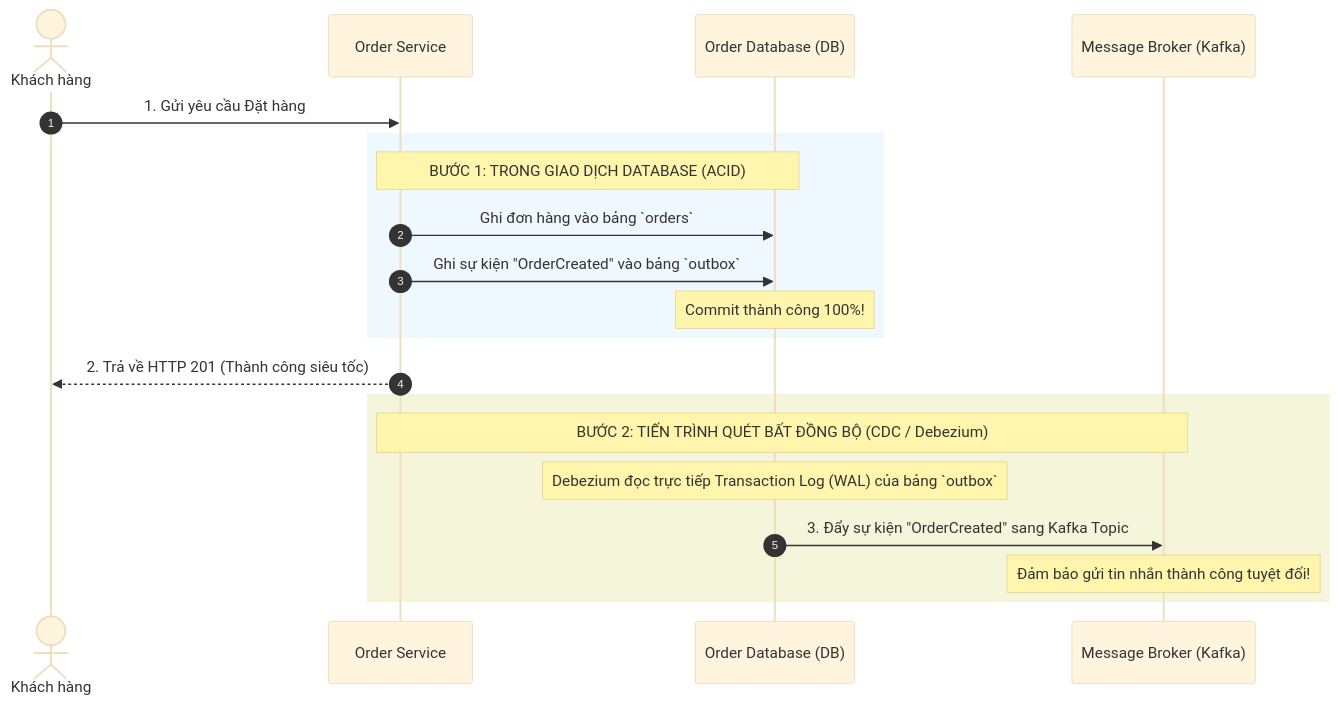
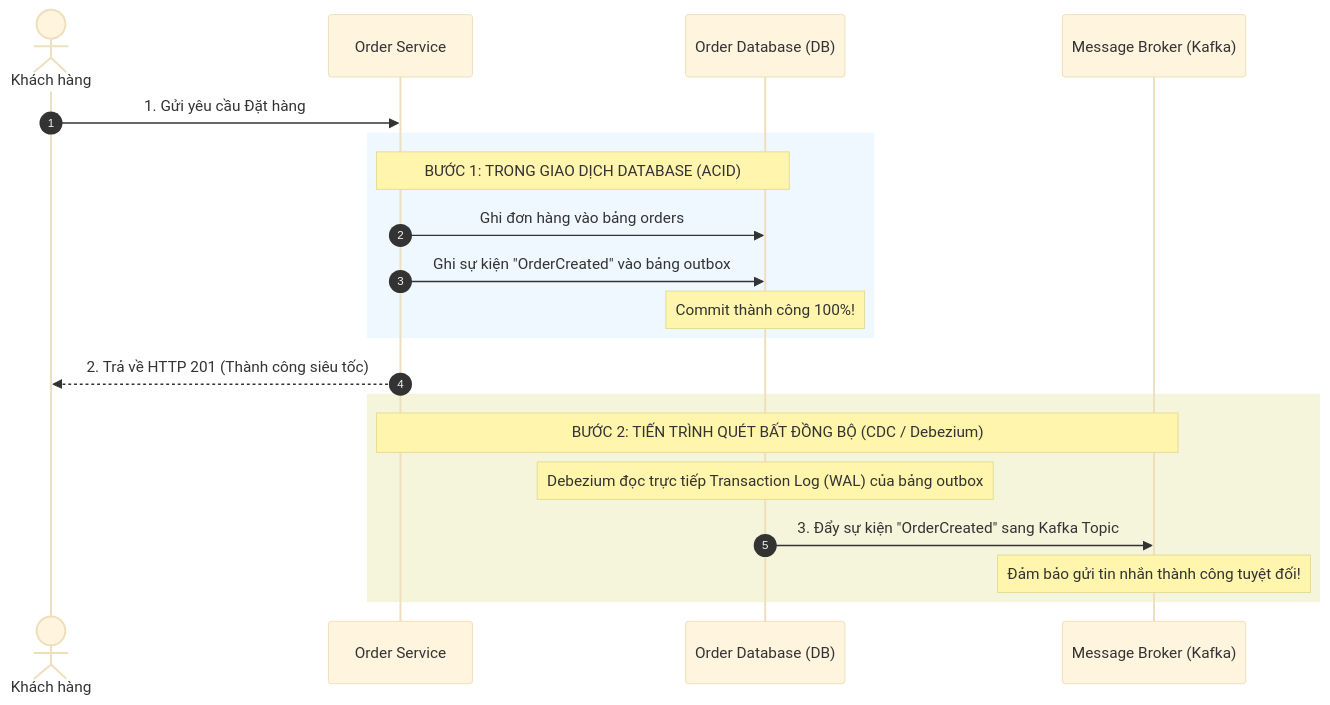
One commit to quangddoo/cv changed the diagram in src/data/answers/c1_s10_q15.md. Above: the diagram before and after it, drawn with Mermaid (base theme). The commit also changed 57 other files, not shown here.

Commit message:
feat: add markdown parser, mermaid validation script, and answer content files

````diff
--- a/src/data/answers/c1_s10_q15.md
+++ b/src/data/answers/c1_s10_q15.md
@@ -19,26 +19,26 @@
 ```mermaid
 sequenceDiagram
     autonumber
     actor Customer as Khách hàng
     participant Service as Order Service
     participant DB as Order Database (DB)
     participant Broker as Message Broker (Kafka)
 
     Customer->>Service: 1. Gửi yêu cầu Đặt hàng
     
     rect rgb(240, 248, 255)
         Note over Service, DB: BƯỚC 1: TRONG GIAO DỊCH DATABASE (ACID)
-        Service->>DB: Ghi đơn hàng vào bảng `orders`
-        Service->>DB: Ghi sự kiện "OrderCreated" vào bảng `outbox`
+        Service->>DB: Ghi đơn hàng vào bảng orders
+        Service->>DB: Ghi sự kiện "OrderCreated" vào bảng outbox
         Note over DB: Commit thành công 100%!
     end
     
     Service-->>Customer: 2. Trả về HTTP 201 (Thành công siêu tốc)
     
     rect rgb(245, 245, 220)
         Note over Service, Broker: BƯỚC 2: TIẾN TRÌNH QUÉT BẤT ĐỒNG BỘ (CDC / Debezium)
-        Note over DB: Debezium đọc trực tiếp Transaction Log (WAL) của bảng `outbox`
+        Note over DB: Debezium đọc trực tiếp Transaction Log (WAL) của bảng outbox
         DB->>Broker: 3. Đẩy sự kiện "OrderCreated" sang Kafka Topic
         Note over Broker: Đảm bảo gửi tin nhắn thành công tuyệt đối!
     end
 ```
````
